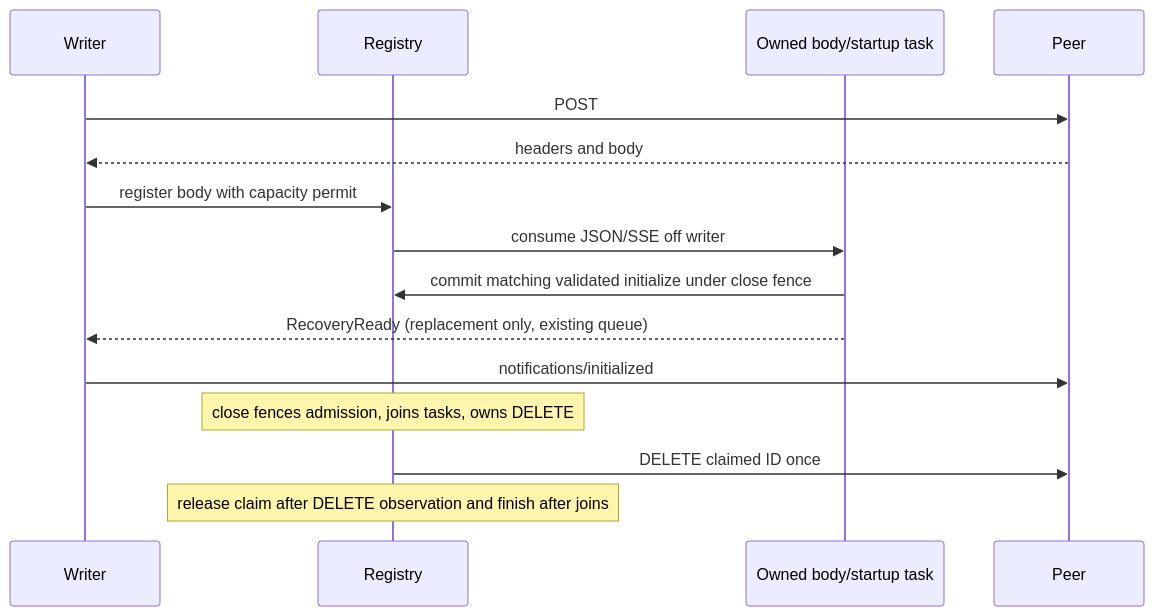
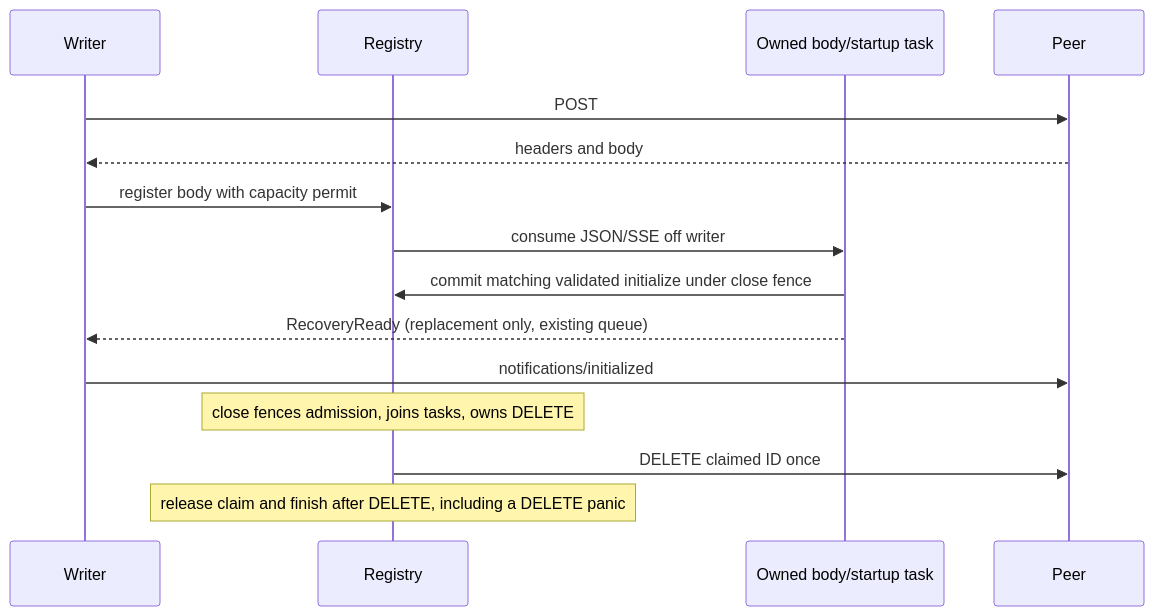
Before and after one commit to nessalabs/nessa-agent: the sixth of 8 diagrams in docs/adr/todo/392-remote-mcp-servers.md, drawn with Mermaid. The commit also changed other lines of this file and 9 other files, not shown here.

````diff
--- a/docs/adr/todo/392-remote-mcp-servers.md
+++ b/docs/adr/todo/392-remote-mcp-servers.md
@@ -558,17 +584,17 @@
 ```mermaid
 sequenceDiagram
     participant Writer
     participant Registry
     participant Body as Owned body/startup task
     participant Peer
     Writer->>Peer: POST
     Peer-->>Writer: headers and body
     Writer->>Registry: register body with capacity permit
     Registry->>Body: consume JSON/SSE off writer
     Body->>Registry: commit matching validated initialize under close fence
     Body-->>Writer: RecoveryReady (replacement only, existing queue)
     Writer->>Peer: notifications/initialized
     Note over Registry: close fences admission, joins tasks, owns DELETE
     Registry->>Peer: DELETE claimed ID once
-    Note over Registry: release claim after DELETE observation and finish after joins
+    Note over Registry: release claim and finish after DELETE, including a DELETE panic
 ```
````
